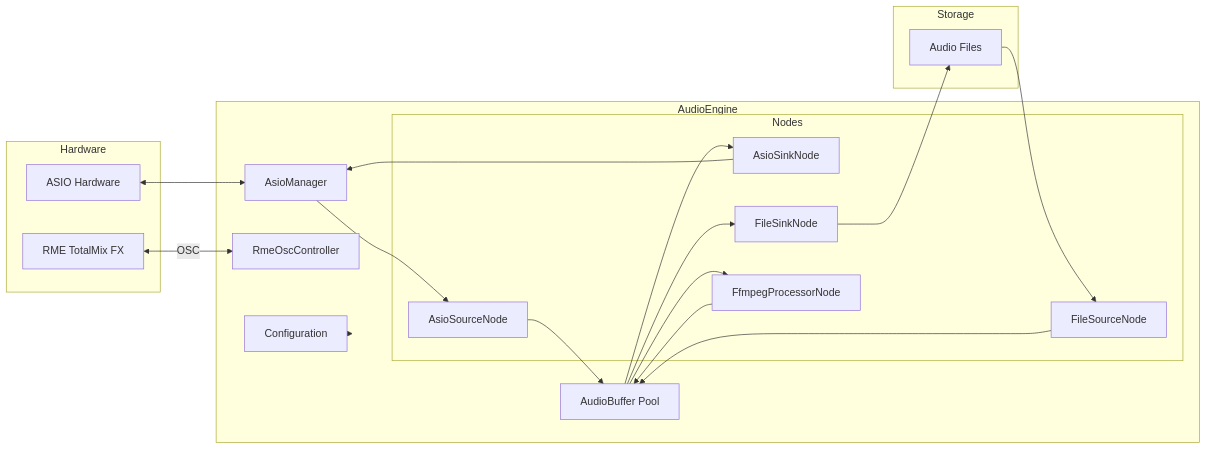
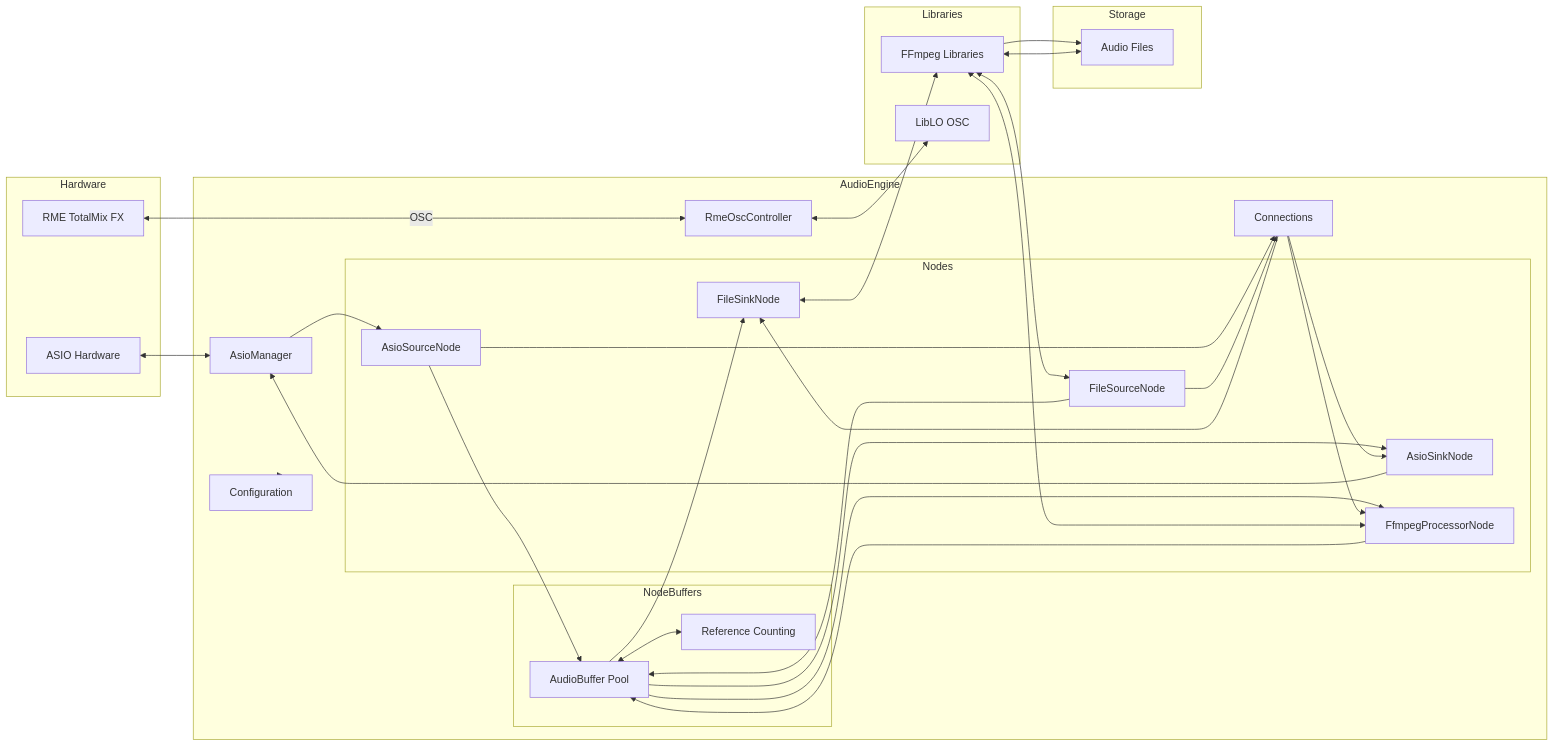
Before and after one commit to david-t-martel/oscmex: the second of 4 diagrams in src/AudioEngine/MERMAID.md, drawn with Mermaid. The commit also changed other lines of this file and 11 other files, not shown here.

First line of the commit message:
Refactor AudioNode and related classes for improved structure and functionality

````diff
--- a/src/AudioEngine/MERMAID.md
+++ b/src/AudioEngine/MERMAID.md
@@ -176,50 +219,74 @@
 ```mermaid
 flowchart LR
     subgraph Hardware
         ASIO_HW[ASIO Hardware]
         RME_HW[RME TotalMix FX]
     end
 
     subgraph AudioEngine
         ASIO_MGR[AsioManager]
         RME_OSC[RmeOscController]
 
+        subgraph NodeBuffers
+            BUFFER_POOL[AudioBuffer Pool]
+            REF_COUNT[Reference Counting]
+        end
+
         subgraph Nodes
             ASIO_SRC[AsioSourceNode]
             ASIO_SINK[AsioSinkNode]
             FILE_SRC[FileSourceNode]
             FILE_SINK[FileSinkNode]
             PROC[FfmpegProcessorNode]
         end
 
-        BUFFER[AudioBuffer Pool]
+        CONNECTIONS[Connections]
         CONFIG[Configuration]
     end
 
     subgraph Storage
         FILES[Audio Files]
     end
 
+    subgraph Libraries
+        LIBAV[FFmpeg Libraries]
+        LIBLO[LibLO OSC]
+    end
+
     %% Hardware connections
     ASIO_HW <--> ASIO_MGR
     RME_HW <-- OSC --> RME_OSC
+    RME_OSC <--> LIBLO
 
     %% ASIO data flow
     ASIO_MGR --> ASIO_SRC
-    ASIO_SRC --> BUFFER
-    BUFFER --> ASIO_SINK
+    ASIO_SRC --> BUFFER_POOL
+    BUFFER_POOL --> ASIO_SINK
     ASIO_SINK --> ASIO_MGR
 
     %% File data flow
-    FILES --> FILE_SRC
-    FILE_SRC --> BUFFER
-    BUFFER --> FILE_SINK
-    FILE_SINK --> FILES
+    FILES <--> LIBAV
+    LIBAV <--> FILE_SRC
+    FILE_SRC --> BUFFER_POOL
+    BUFFER_POOL --> FILE_SINK
+    FILE_SINK <--> LIBAV
+    LIBAV --> FILES
 
     %% Processing data flow
-    BUFFER --> PROC
-    PROC --> BUFFER
+    BUFFER_POOL --> PROC
+    PROC <--> LIBAV
+    PROC --> BUFFER_POOL
+
+    %% Buffer reference counting
+    BUFFER_POOL <--> REF_COUNT
+
+    %% Node connections
+    ASIO_SRC --> CONNECTIONS
+    FILE_SRC --> CONNECTIONS
+    CONNECTIONS --> PROC
+    CONNECTIONS --> ASIO_SINK
+    CONNECTIONS --> FILE_SINK
 
     %% Configuration
     CONFIG --> AudioEngine
 ```
````
